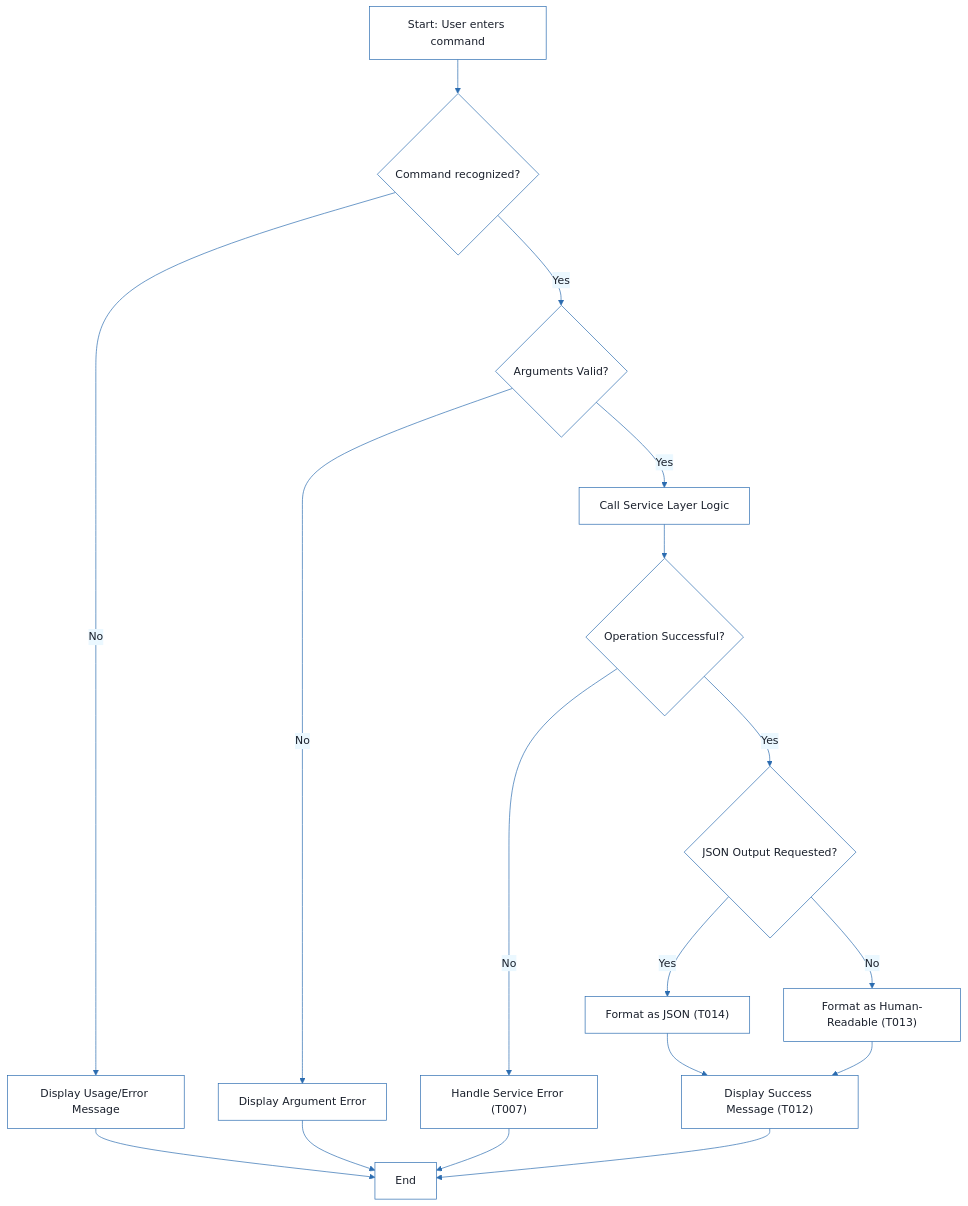
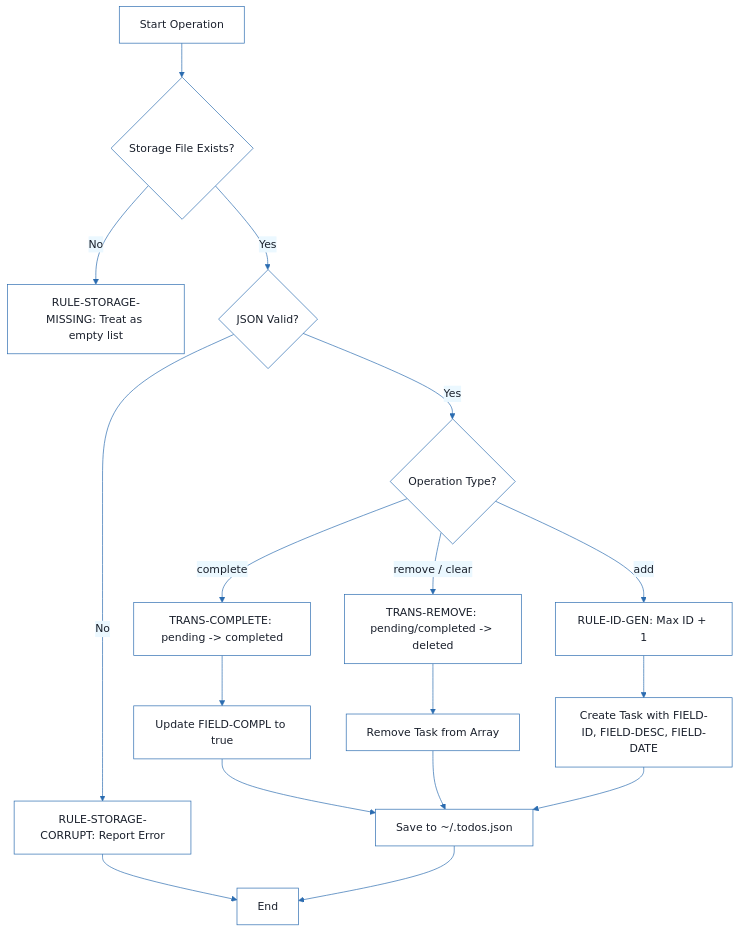
The second of 7 diagrams in outputs/data/markdown/cli_to-do_list_manager_doc.md (abir-ommezzine/extension-github-spec-kit), drawn with Mermaid before and after one commit. The commit also changed other lines of this file and 145 other files, not shown here.

````diff
--- a/outputs/data/markdown/cli_to-do_list_manager_doc.md
+++ b/outputs/data/markdown/cli_to-do_list_manager_doc.md
@@ -162,62 +101,62 @@
 ```mermaid
 %%{init: {
   'theme': 'base',
   'themeVariables': {
     'primaryColor': '#1A365D',
     'primaryTextColor': '#1A202C',
     'primaryBorderColor': '#2B6CB0',
     'lineColor': '#2B6CB0',
     'secondaryColor': '#EBF8FF',
     'tertiaryColor': '#EBF8FF',
     'background': '#FFFFFF',
     'mainBkg': '#FFFFFF',
     'secondBkg': '#EBF8FF',
     'tertiaryBkg': '#F7FAFC',
     'secondaryTextColor': '#4A5568',
     'fontSize': '16px',
     'fontFamily': 'Inter, system-ui, sans-serif',
     'nodePadding': '15px',
     'borderRadius': '8px',
     'edgeLabelBackground': '#EBF8FF',
     'clusterBkg': '#F7FAFC',
     'clusterBorder': '#2B6CB0',
     'defaultLinkColor': '#2B6CB0',
     'titleColor': '#1A365D',
     'actorBorder': '#2B6CB0',
     'actorBkg': '#EBF8FF',
     'actorTextColor': '#1A365D',
     'actorLineColor': '#2B6CB0',
     'signalColor': '#2B6CB0',
     'signalTextColor': '#1A202C',
     'labelBoxBorderColor': '#2B6CB0',
     'labelBoxBkgColor': '#EBF8FF',
     'labelTextColor': '#1A202C',
     'loopTextColor': '#1A202C',
     'arrowHeadColor': '#2B6CB0',
     'sequenceNumberColor': '#1A365D',
     'sequenceActorBorder': '#2B6CB0',
     'sequenceActorBkg': '#EBF8FF',
     'sequenceArrowColor': '#2B6CB0',
     'noteBkgColor': '#FFF5EB',
     'noteBorderColor': '#DD6B20',
     'noteTextColor': '#1A202C'
   }
 }}%%
 flowchart TD
-    START["Start: User enters command"] --> CMD_PARSE{"Command recognized?"}
-    CMD_PARSE -- "No" --> ERR_CMD["Display Usage/Error Message"]
-    ERR_CMD --> END["End"]
-    CMD_PARSE -- "Yes" --> ARG_VAL{"Arguments Valid?"}
-    ARG_VAL -- "No" --> ERR_ARG["Display Argument Error"]
-    ERR_ARG --> END
-    ARG_VAL -- "Yes" --> SVC_CALL["Call Service Layer Logic"]
-    SVC_CALL --> DATA_OP{"Operation Successful?"}
-    DATA_OP -- "No" --> ERR_SVC["Handle Service Error (T007)"]
-    ERR_SVC --> END
-    DATA_OP -- "Yes" --> FMT_DEC{"JSON Output Requested?"}
-    FMT_DEC -- "Yes" --> FMT_JSON["Format as JSON (T014)"]
-    FMT_DEC -- "No" --> FMT_HUMAN["Format as Human-Readable (T013)"]
-    FMT_JSON --> SUCCESS_MSG["Display Success Message (T012)"]
-    FMT_HUMAN --> SUCCESS_MSG
-    SUCCESS_MSG --> END
+    START["Start Operation"] --> LOAD_FILE{"Storage File Exists?"}
+    LOAD_FILE -- "No" --> RULE-STORAGE-MISSING["RULE-STORAGE-MISSING: Treat as empty list"]
+    LOAD_FILE -- "Yes" --> VALIDATE_JSON{"JSON Valid?"}
+    VALIDATE_JSON -- "No" --> RULE-STORAGE-CORRUPT["RULE-STORAGE-CORRUPT: Report Error"]
+    RULE-STORAGE-CORRUPT --> END["End"]
+    VALIDATE_JSON -- "Yes" --> OP_TYPE{"Operation Type?"}
+    OP_TYPE -- "complete <id>" --> TRANS-COMPLETE["TRANS-COMPLETE: pending -> completed"]
+    OP_TYPE -- "remove <id> / clear" --> TRANS-REMOVE["TRANS-REMOVE: pending/completed -> deleted"]
+    OP_TYPE -- "add <desc>" --> RULE-ID-GEN["RULE-ID-GEN: Max ID + 1"]
+    TRANS-COMPLETE --> UPDATE_FIELD["Update FIELD-COMPL to true"]
+    TRANS-REMOVE --> DELETE_TASK["Remove Task from Array"]
+    RULE-ID-GEN --> CREATE_TASK["Create Task with FIELD-ID, FIELD-DESC, FIELD-DATE"]
+    UPDATE_FIELD --> SAVE["Save to ~/.todos.json"]
+    DELETE_TASK --> SAVE
+    CREATE_TASK --> SAVE
+    SAVE --> END
 ```
````
